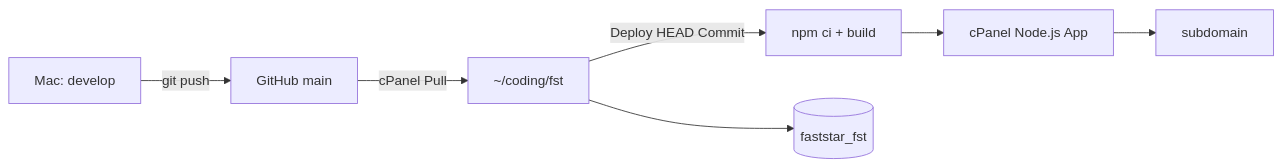
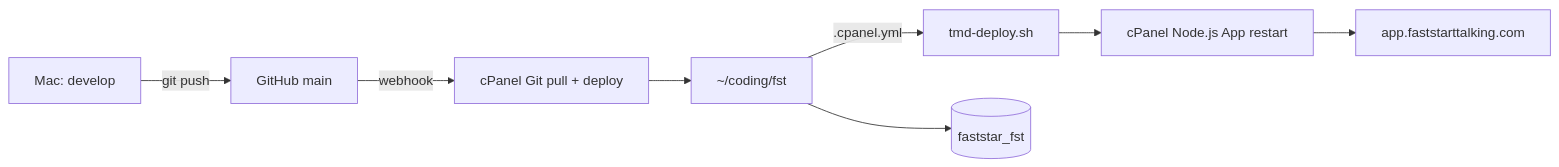
One commit to ekddigital/fst changed the diagram in docs/TMD_DEPLOY.md. Above: the diagram before and after it, drawn with Mermaid. The commit also changed other lines of this file and 3 other files, not shown here.

First line of the commit message:
Enable GitHub webhook auto-deploy via shared tmd-deploy.sh.

````diff
--- a/docs/TMD_DEPLOY.md
+++ b/docs/TMD_DEPLOY.md
@@ -608,9 +600,10 @@
 ```mermaid
 flowchart LR
   Mac[Mac: develop] -->|git push| GH[GitHub main]
-  GH -->|cPanel Pull| Server[~/coding/fst]
-  Server -->|Deploy HEAD Commit| Build[npm ci + build]
-  Build --> Node[cPanel Node.js App]
-  Node --> Sub[subdomain]
+  GH -->|webhook| CP[cPanel Git pull + deploy]
+  CP --> Server[~/coding/fst]
+  Server -->|.cpanel.yml| Build[tmd-deploy.sh]
+  Build --> Node[cPanel Node.js App restart]
+  Node --> Sub[app.faststarttalking.com]
   Server --> PG[(faststar_fst)]
 ```
````
